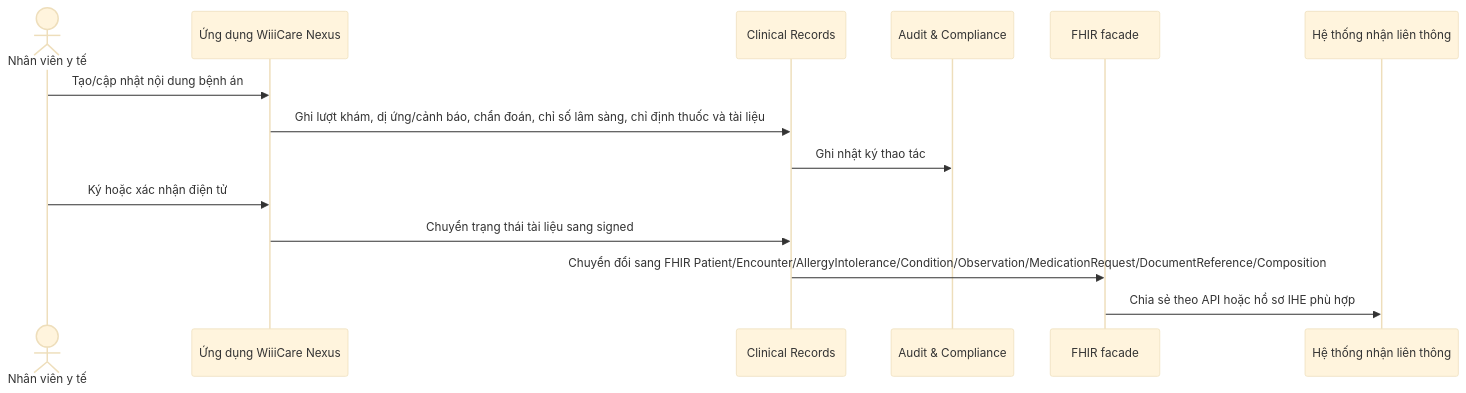
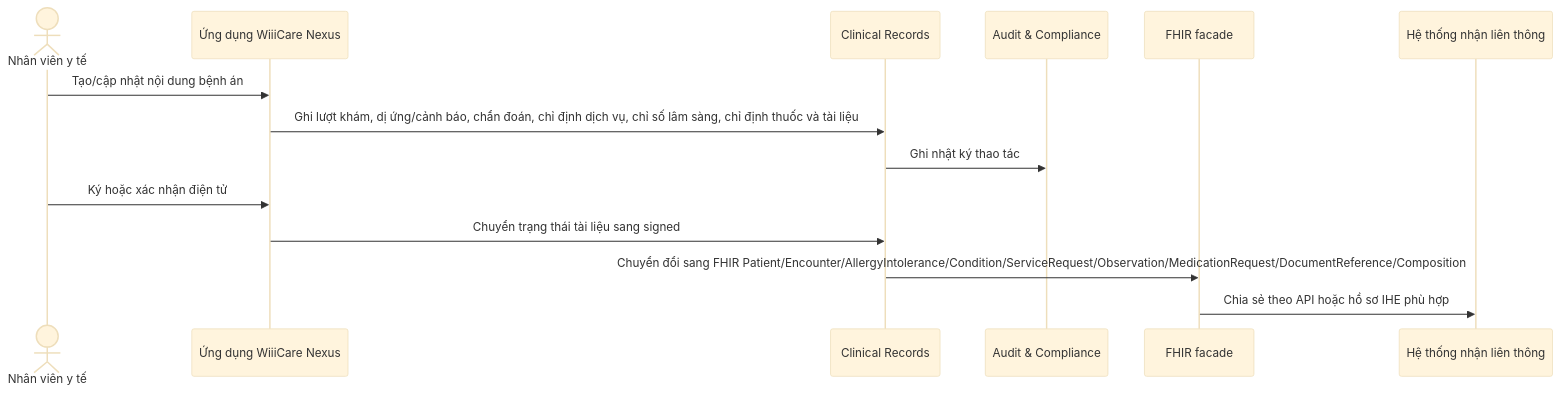
The second of 2 diagrams in docs/ARCHITECTURE.md (meiiie/benh_vien), drawn with Mermaid (base theme) before and after one commit. The commit also changed other lines of this file and 33 other files, not shown here.

````diff
--- a/docs/ARCHITECTURE.md
+++ b/docs/ARCHITECTURE.md
@@ -59,17 +59,17 @@
 ```mermaid
 sequenceDiagram
   actor User as Nhân viên y tế
   participant App as Ứng dụng WiiiCare Nexus
   participant EMR as Clinical Records
   participant Audit as Audit & Compliance
   participant FHIR as FHIR facade
   participant Partner as Hệ thống nhận liên thông
 
   User->>App: Tạo/cập nhật nội dung bệnh án
-  App->>EMR: Ghi lượt khám, dị ứng/cảnh báo, chẩn đoán, chỉ số lâm sàng, chỉ định thuốc và tài liệu
+  App->>EMR: Ghi lượt khám, dị ứng/cảnh báo, chẩn đoán, chỉ định dịch vụ, chỉ số lâm sàng, chỉ định thuốc và tài liệu
   EMR->>Audit: Ghi nhật ký thao tác
   User->>App: Ký hoặc xác nhận điện tử
   App->>EMR: Chuyển trạng thái tài liệu sang signed
-  EMR->>FHIR: Chuyển đổi sang FHIR Patient/Encounter/AllergyIntolerance/Condition/Observation/MedicationRequest/DocumentReference/Composition
+  EMR->>FHIR: Chuyển đổi sang FHIR Patient/Encounter/AllergyIntolerance/Condition/ServiceRequest/Observation/MedicationRequest/DocumentReference/Composition
   FHIR->>Partner: Chia sẻ theo API hoặc hồ sơ IHE phù hợp
 ```
````
